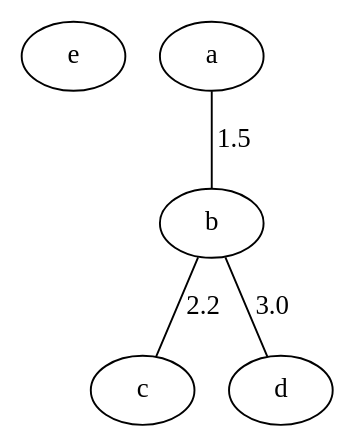
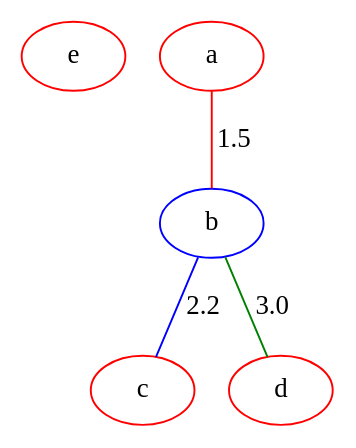
One commit to gustavomaltanv/grafos changed the diagram in grafos/graph_1.dot. Above: the diagram before and after it, drawn with Graphviz. The commit also changed 8 other files, not shown here.

```diff
--- a/grafos/graph_1.dot
+++ b/grafos/graph_1.dot
@@ -1,6 +1,10 @@
-graph graphname {
-     e ;
-     a -- b [label="1.5"];
-     b -- c [label="2.2"];
-     b -- d [label="3.0"];
-   }
+graph graph_1 {
+    e [color="red"];
+    a [color="red"];
+    b [color="blue"];
+    c [color="red"];
+    d [color="red"];
+    a -- b [label="1.5" color="red"];
+    b -- c [label="2.2" color="blue"];
+    b -- d [label="3.0" color="green"];
+}
```
